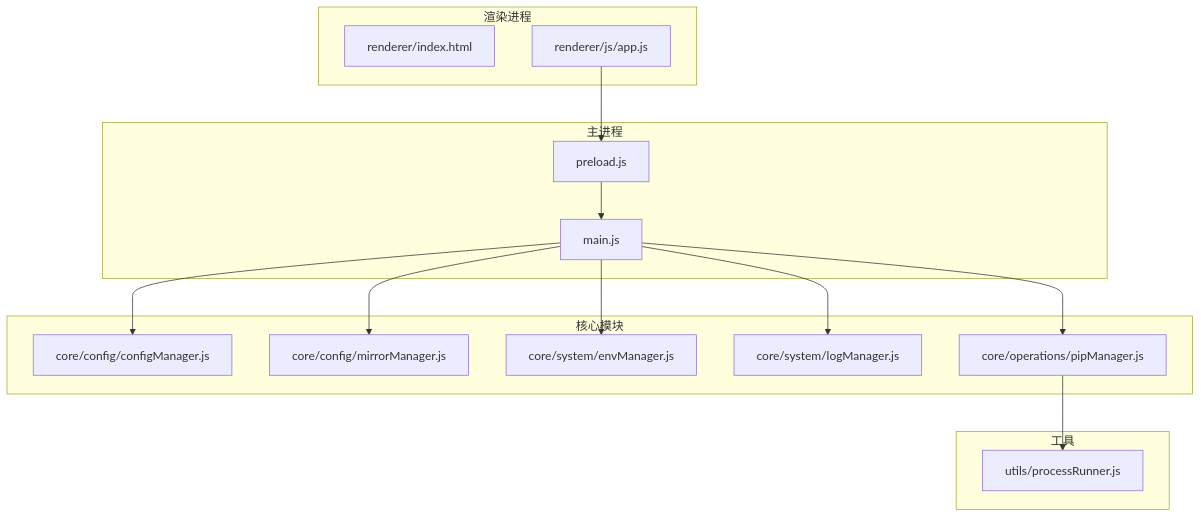
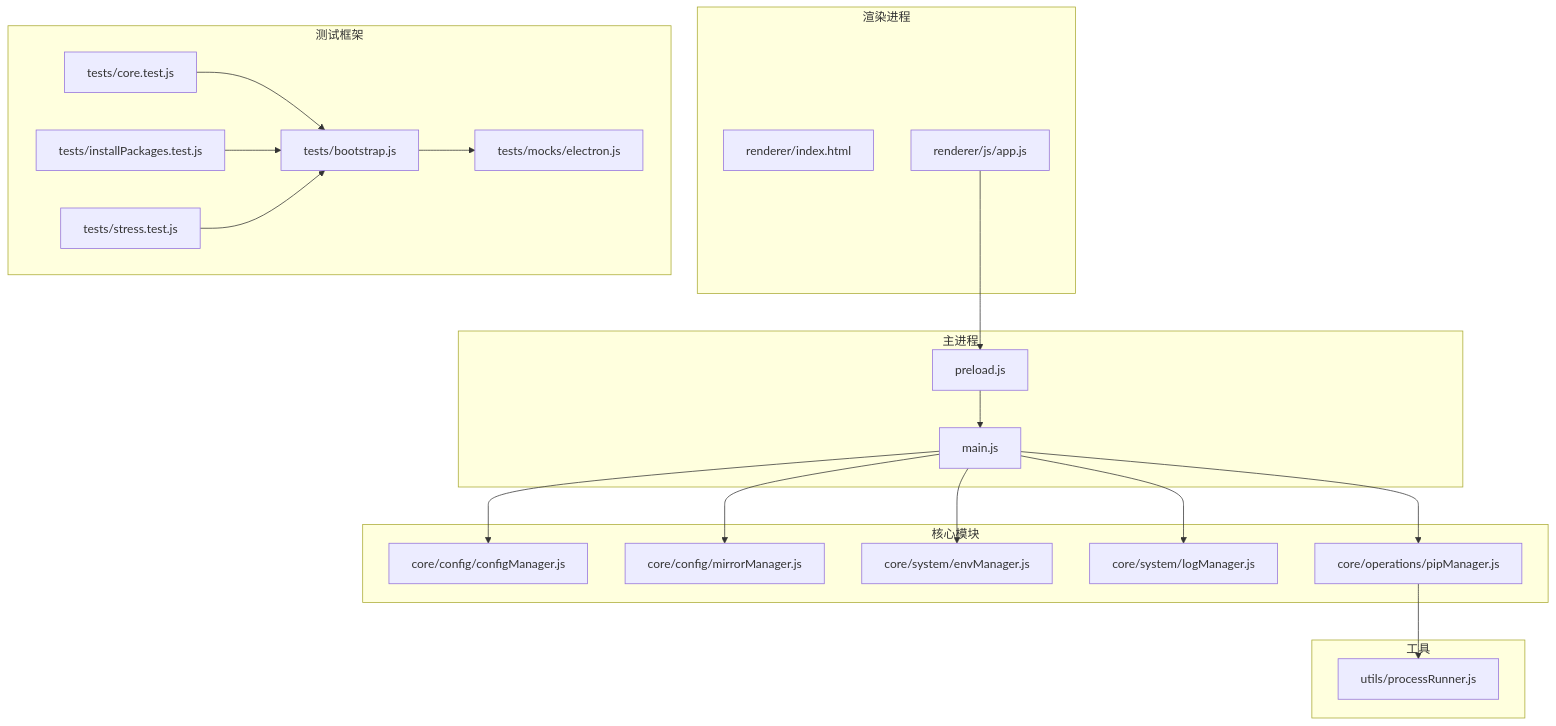
The first of 8 diagrams in docs/zh/content/开发指南.md (SoftheartedYYC/PyLibMaster), drawn with Mermaid before and after one commit. The commit also changed other lines of this file and 72 other files, not shown here.

````diff
--- a/docs/zh/content/开发指南.md
+++ b/docs/zh/content/开发指南.md
@@ -44,29 +62,40 @@
 ```mermaid
 graph TB
 subgraph "主进程"
 M["main.js"]
 P["preload.js"]
 end
 subgraph "渲染进程"
 RHTML["renderer/index.html"]
 RAPP["renderer/js/app.js"]
 end
 subgraph "核心模块"
 CFG["core/config/configManager.js"]
 MIR["core/config/mirrorManager.js"]
 ENV["core/system/envManager.js"]
 LOG["core/system/logManager.js"]
 PIP["core/operations/pipManager.js"]
 end
 subgraph "工具"
 PR["utils/processRunner.js"]
 end
+subgraph "测试框架"
+TB["tests/bootstrap.js"]
+TCORE["tests/core.test.js"]
+TINSTALL["tests/installPackages.test.js"]
+TSTRESS["tests/stress.test.js"]
+TMOCK["tests/mocks/electron.js"]
+end
 RAPP --> P
 P --> M
 M --> CFG
 M --> MIR
 M --> ENV
 M --> LOG
 M --> PIP
 PIP --> PR
+TB --> TMOCK
+TCORE --> TB
+TINSTALL --> TB
+TSTRESS --> TB
 ```
````
